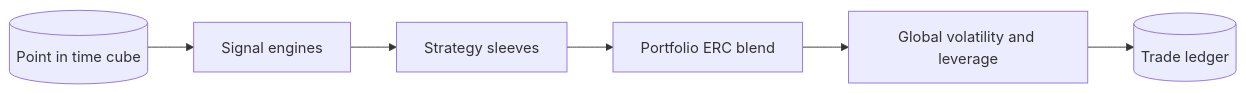
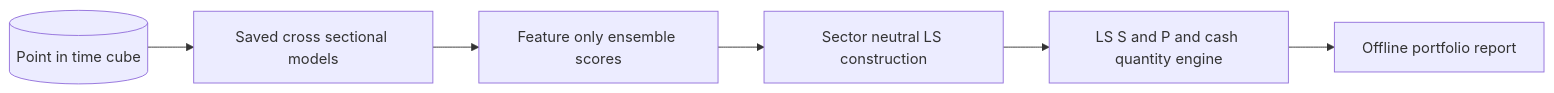
The diagram in wiki/reference/modelling-and-portfolio.md (alexandredelarrard/PEA), drawn with Mermaid before and after one commit. The commit also changed other lines of this file and 23 other files, not shown here.

Commit message:
Document standalone portfolio workflow and remove stale strategy references

````diff
--- a/wiki/reference/modelling-and-portfolio.md
+++ b/wiki/reference/modelling-and-portfolio.md
@@ -16,8 +16,8 @@
-```mermaid
+~~~mermaid
 flowchart LR
-  Cube[(Point in time cube)] --> Engines[Signal engines]
-  Engines --> Sleeves[Strategy sleeves]
-  Sleeves --> Blend[Portfolio ERC blend]
-  Blend --> Risk[Global volatility and leverage]
-  Risk --> Ledger[(Trade ledger)]
-```
+  Cube[(Point in time cube)] --> Models[Saved cross sectional models]
+  Models --> Signals[Feature only ensemble scores]
+  Signals --> Positions[Sector neutral LS construction]
+  Positions --> Engine[LS S and P and cash quantity engine]
+  Engine --> Report[Offline portfolio report]
+~~~
````
